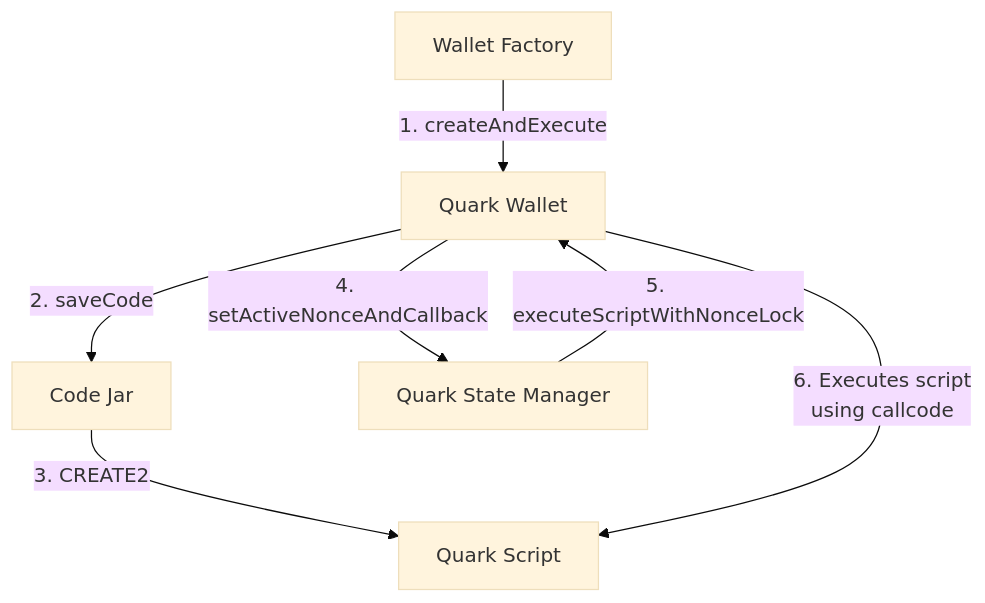
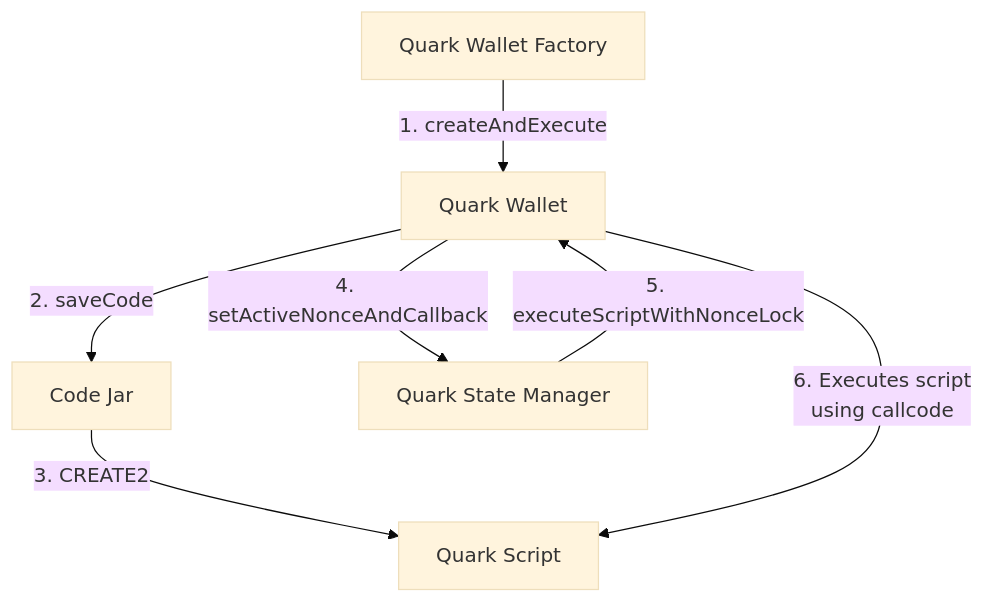
The diagram in README.md (compound-finance/quark), drawn with Mermaid (base theme) before and after one commit. The commit also changed other lines of this file, not shown here.

````diff
--- a/README.md
+++ b/README.md
@@ -40,15 +41,15 @@
 ```mermaid
 flowchart TB
-    factory[Wallet Factory]
+    factory[Quark Wallet Factory]
     wallet[Quark Wallet]
     jar[Code Jar]
     script[Quark Script]
     state[Quark State Manager]
 
     factory -- 1. createAndExecute --> wallet
     wallet -- 2. saveCode --> jar
     jar -- 3. CREATE2  --> script
     wallet -- 4. setActiveNonceAndCallback --> state
     state -- 5. executeScriptWithNonceLock --> wallet
     wallet -- 6. Executes script\nusing callcode --> script
 ```
````
